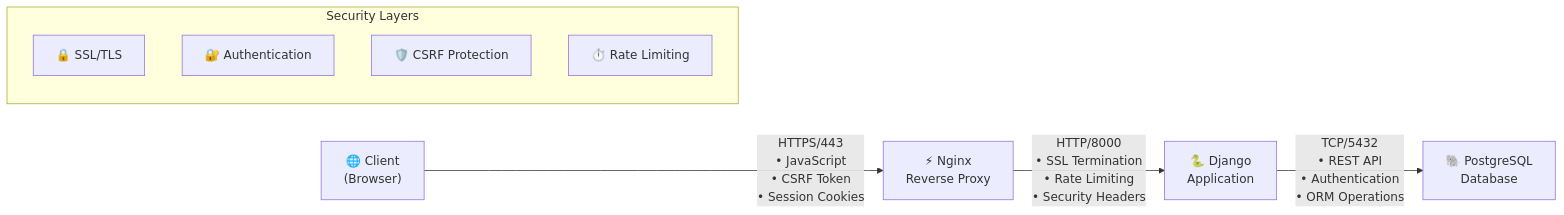
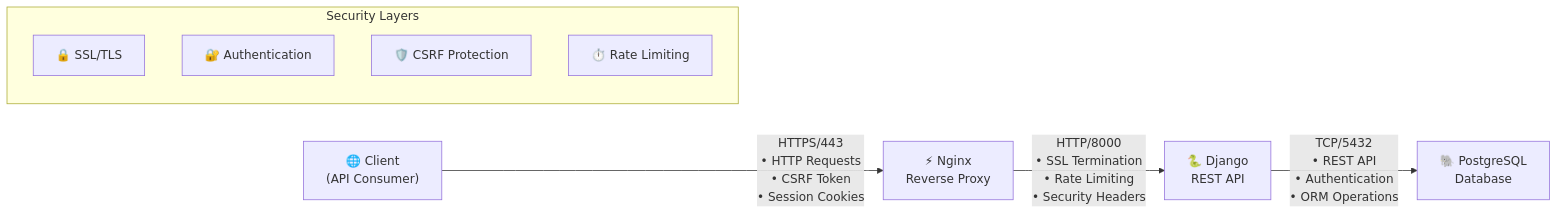
Before and after one commit to iam4sec/devops_todo_app: the first of 6 diagrams in ARCHITECTURE.md, drawn with Mermaid. The commit also changed other lines of this file, not shown here.

Commit message:
Update architecture documentation to clarify client roles and communication methods

````diff
--- a/ARCHITECTURE.md
+++ b/ARCHITECTURE.md
@@ -5,18 +5,18 @@
 ```mermaid
 graph LR
-    Client["🌐 Client<br/>(Browser)"] 
+    Client["🌐 Client<br/>(API Consumer)"] 
     Nginx["⚡ Nginx<br/>Reverse Proxy"]
-    Django["🐍 Django<br/>Application"]
+    Django["🐍 Django<br/>REST API"]
     PostgreSQL["🐘 PostgreSQL<br/>Database"]
     
-    Client -->|"HTTPS/443<br/>• JavaScript<br/>• CSRF Token<br/>• Session Cookies"| Nginx
+    Client -->|"HTTPS/443<br/>• HTTP Requests<br/>• CSRF Token<br/>• Session Cookies"| Nginx
     Nginx -->|"HTTP/8000<br/>• SSL Termination<br/>• Rate Limiting<br/>• Security Headers"| Django
     Django -->|"TCP/5432<br/>• REST API<br/>• Authentication<br/>• ORM Operations"| PostgreSQL
     
     subgraph "Security Layers"
         SSL["🔒 SSL/TLS"]
         Auth["🔐 Authentication"]
         CSRF["🛡️ CSRF Protection"]
         Rate["⏱️ Rate Limiting"]
     end
 ```
````
